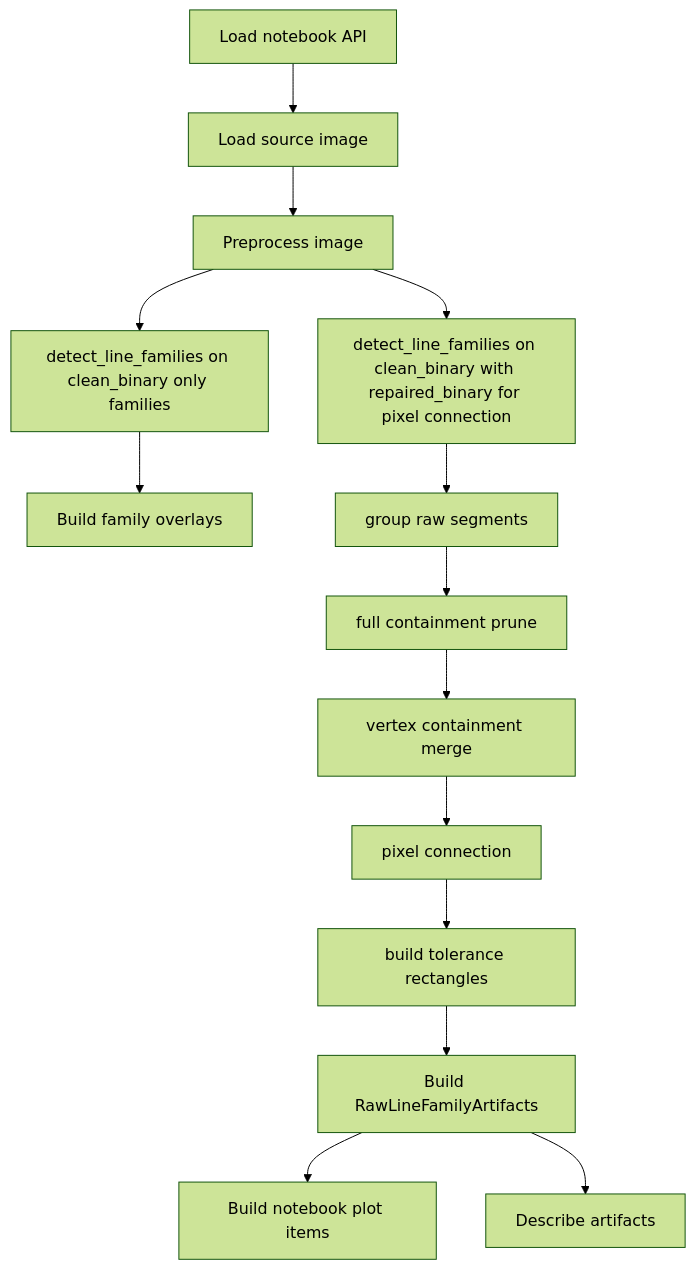
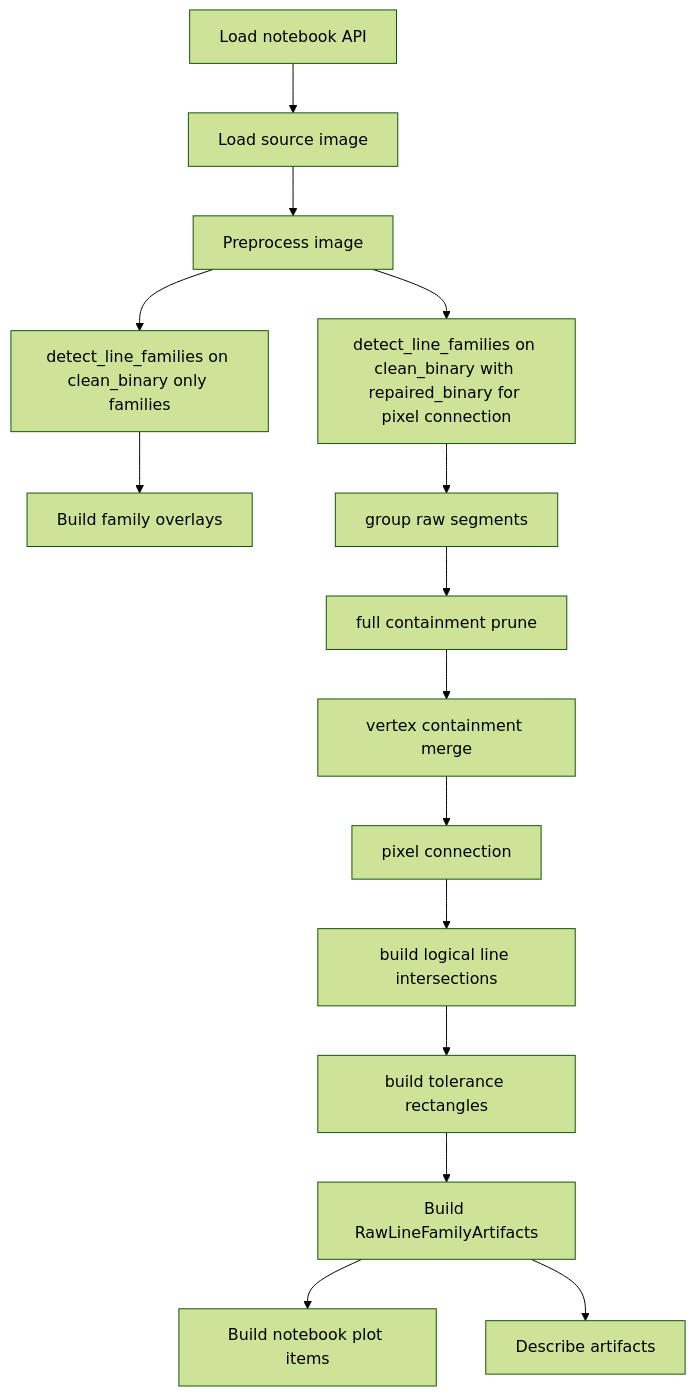
The diagram in src/MachineLearning/draft/raw_line_family_only/documentation/pipeline_overview.md (ML-Experts/sudoku), drawn with Mermaid (forest theme) before and after one commit. The commit also changed other lines of this file and 24 other files, not shown here.

````diff
--- a/src/MachineLearning/draft/raw_line_family_only/documentation/pipeline_overview.md
+++ b/src/MachineLearning/draft/raw_line_family_only/documentation/pipeline_overview.md
@@ -331,16 +343,17 @@
 ```mermaid
 flowchart TD
     loadApi[Load notebook API] --> loadImage[Load source image]
     loadImage --> preprocess[Preprocess image]
     preprocess --> familyPass[detect_line_families on clean_binary only families]
     preprocess --> fullPass[detect_line_families on clean_binary with repaired_binary for pixel connection]
     familyPass --> familyOverlay[Build family overlays]
     fullPass --> grouping[group raw segments]
     grouping --> fullContainment[full containment prune]
     fullContainment --> vertexMerge[vertex containment merge]
     vertexMerge --> connection[pixel connection]
-    connection --> tolerance[build tolerance rectangles]
+    connection --> intersections[build logical line intersections]
+    intersections --> tolerance[build tolerance rectangles]
     tolerance --> buildArtifacts[Build RawLineFamilyArtifacts]
     buildArtifacts --> buildPlots[Build notebook plot items]
     buildArtifacts --> buildReport[Describe artifacts]
 ```
````
